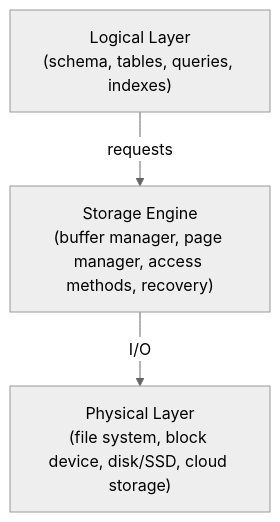
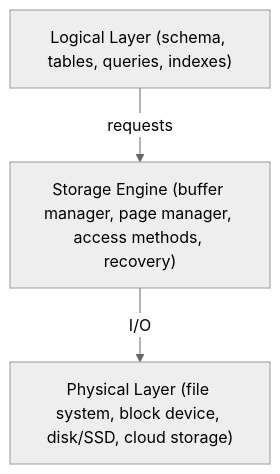
Before and after one commit to imdeepmind/imdeepmind.github.io: the diagram in docs/databases/database-systems/database-storage.md, drawn with Mermaid (neutral theme). The commit also changed other lines of this file and 5 other files, not shown here.

````diff
--- a/docs/databases/database-systems/database-storage.md
+++ b/docs/databases/database-systems/database-storage.md
@@ -125,8 +131,8 @@
 ```mermaid
 flowchart TB
-  Logical["Logical Layer\n(schema, tables, queries, indexes)"]
-  StorageEngine["Storage Engine\n(buffer manager, page manager, access methods, recovery)"]
-  Physical["Physical Layer\n(file system, block device, disk/SSD, cloud storage)"]
+  Logical["Logical Layer (schema, tables, queries, indexes)"]
+  StorageEngine["Storage Engine (buffer manager, page manager, access methods, recovery)"]
+  Physical["Physical Layer (file system, block device, disk/SSD, cloud storage)"]
   Logical -->|requests| StorageEngine
   StorageEngine -->|I/O| Physical
 ```
````
